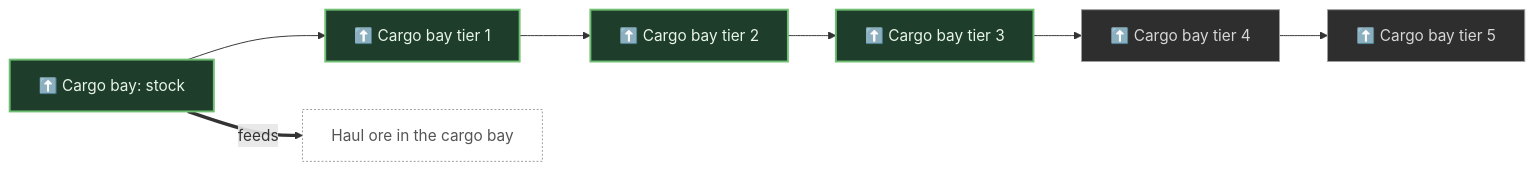
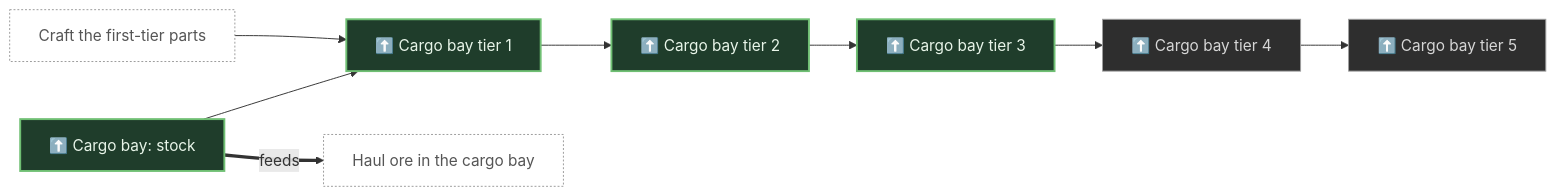
Before and after one commit to pkeppeler/deepcharter: the ninth of 30 diagrams in docs/FEATURE-MAP.md, drawn with Mermaid. The commit also changed other lines of this file and 51 other files, not shown here.

Commit message:
Craft tier 1 of a Mole's six stock tracks as units fitted by use (#536)

````diff
--- a/docs/FEATURE-MAP.md
+++ b/docs/FEATURE-MAP.md
@@ -539,24 +555,26 @@
 ```mermaid
 flowchart LR
   n_cargo_bay_stock["⬆️ Cargo bay: stock"]
   n_cargo_bay_t1["⬆️ Cargo bay tier 1"]
   n_cargo_bay_t2["⬆️ Cargo bay tier 2"]
   n_cargo_bay_t3["⬆️ Cargo bay tier 3"]
   n_cargo_bay_t4["⬆️ Cargo bay tier 4"]
   n_cargo_bay_t5["⬆️ Cargo bay tier 5"]
   n_haul_ore["Haul ore in the cargo bay"]
+  n_parts_from_crafting["Craft the first-tier parts"]
   n_cargo_bay_stock --> n_cargo_bay_t1
   n_cargo_bay_stock == feeds ==> n_haul_ore
   n_cargo_bay_t1 --> n_cargo_bay_t2
   n_cargo_bay_t2 --> n_cargo_bay_t3
   n_cargo_bay_t3 --> n_cargo_bay_t4
   n_cargo_bay_t4 --> n_cargo_bay_t5
+  n_parts_from_crafting --> n_cargo_bay_t1
   classDef built fill:#1f3d2b,stroke:#6fbf73,stroke-width:2px,color:#e8f5e9
   classDef progress fill:#4a3a10,stroke:#f0b429,stroke-width:2px,color:#fff3d6
   classDef planned fill:#2e2e2e,stroke:#9e9e9e,stroke-width:1px,color:#d6d6d6
   classDef idea fill:#1a1a1a,stroke:#757575,stroke-width:1px,stroke-dasharray:4 3,color:#a0a0a0
   classDef ext fill:#ffffff,stroke:#999999,stroke-width:1px,stroke-dasharray:2 2,color:#555555
   class n_cargo_bay_stock,n_cargo_bay_t1,n_cargo_bay_t2,n_cargo_bay_t3 built
   class n_cargo_bay_t4,n_cargo_bay_t5 planned
-  class n_haul_ore ext
+  class n_haul_ore,n_parts_from_crafting ext
 ```
````
